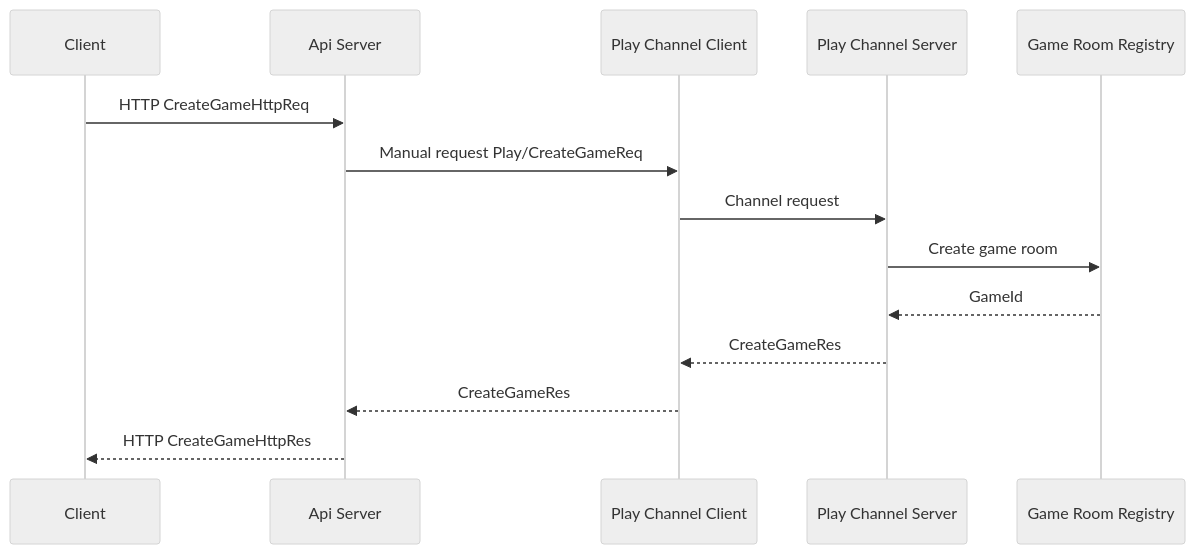
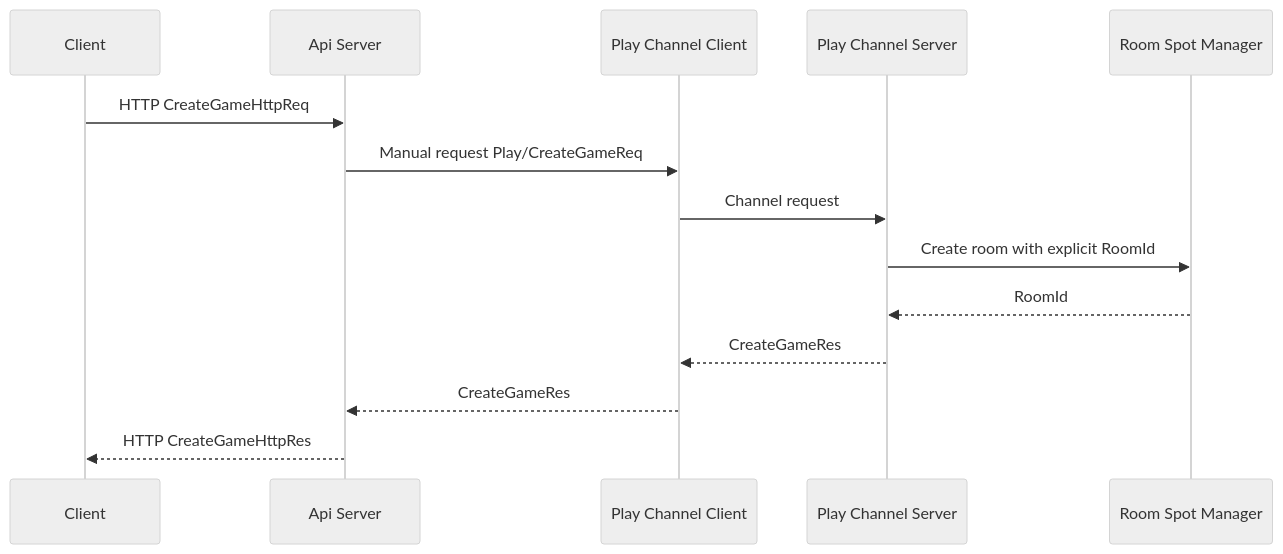
One commit to kairos-code-dev/zlink changed the second of 4 diagrams in framework/doc/spec/sample/tictactoe/README.ko.md. Above: the diagram before and after it, drawn with Mermaid (neutral theme). The commit also changed other lines of this file and 2 other files, not shown here.

Commit message:
Document common sample play architecture

````diff
--- a/framework/doc/spec/sample/tictactoe/README.ko.md
+++ b/framework/doc/spec/sample/tictactoe/README.ko.md
@@ -222,17 +271,17 @@
 ```mermaid
 sequenceDiagram
     participant C as Client
     participant API as Api Server
     participant PLAYC as Play Channel Client
     participant PLAYS as Play Channel Server
-    participant ROOM as Game Room Registry
+    participant ROOMS as Room Spot Manager
 
     C->>API: HTTP CreateGameHttpReq
     API->>PLAYC: Manual request Play/CreateGameReq
     PLAYC->>PLAYS: Channel request
-    PLAYS->>ROOM: Create game room
-    ROOM-->>PLAYS: GameId
+    PLAYS->>ROOMS: Create room with explicit RoomId
+    ROOMS-->>PLAYS: RoomId
     PLAYS-->>PLAYC: CreateGameRes
     PLAYC-->>API: CreateGameRes
     API-->>C: HTTP CreateGameHttpRes
 ```
````
